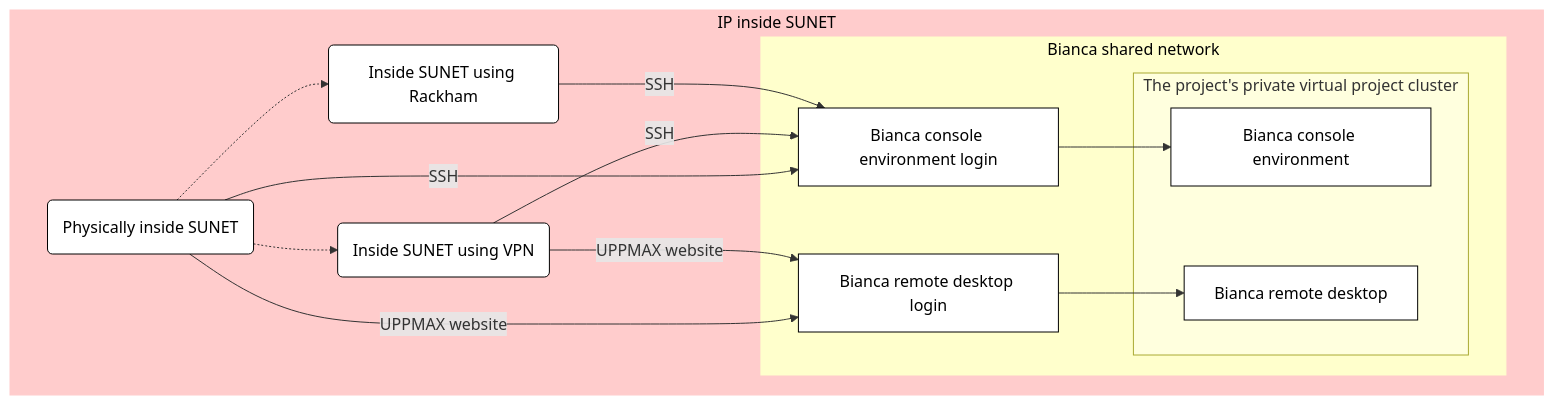
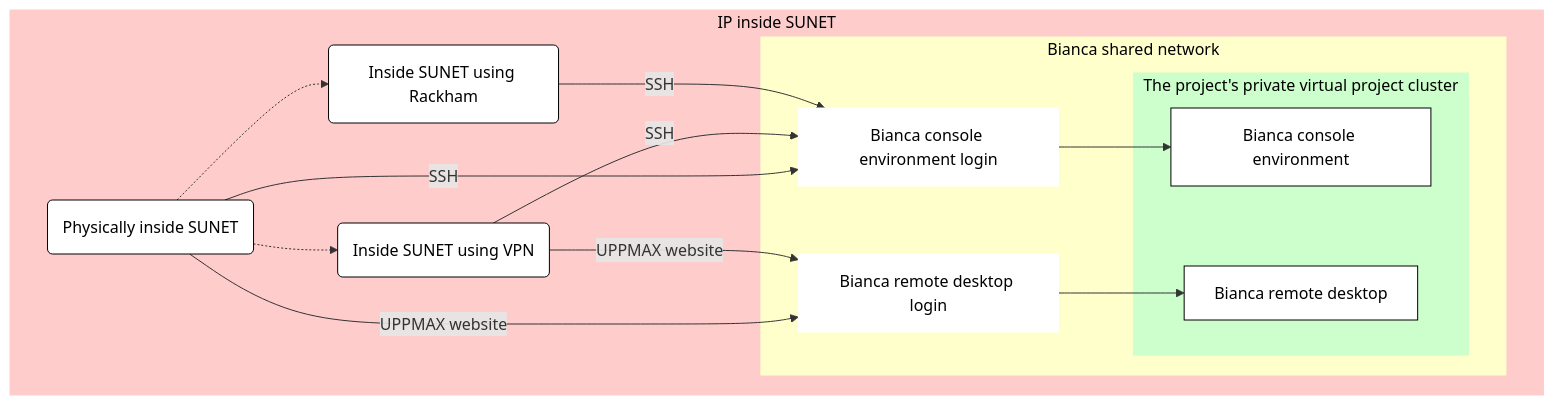
One commit to UPPMAX/UPPMAX-documentation changed the third of 4 diagrams in docs/getting_started/login_bianca.md. Above: the diagram before and after it, drawn with Mermaid.

Commit message:
Add no-focus nodes

````diff
--- a/docs/getting_started/login_bianca.md
+++ b/docs/getting_started/login_bianca.md
@@ -340,40 +340,41 @@
 ```mermaid
 flowchart TD
 
     %% Give a white background, instead of a transparent one
     classDef node fill:#fff,color:#000,stroke:#000
     classDef focus_node fill:#fff,color:#000,stroke:#000,stroke-width:4px
+    classDef no_focus_node fill:#fff,color:#000,stroke:#fff
 
     subgraph sub_inside[IP inside SUNET]
       physically_inside(Physically inside SUNET)
       inside_using_vpn(Inside SUNET using VPN)
       inside_using_rackham(Inside SUNET using Rackham)
 
       subgraph sub_bianca_shared_env[Bianca shared network]
-        bianca_shared_console[Bianca console environment login]
-        bianca_shared_remote_desktop[Bianca remote desktop login] 
+        bianca_shared_console[Bianca console environment login]:::no_focus_node
+        bianca_shared_remote_desktop[Bianca remote desktop login]:::no_focus_node
         subgraph sub_bianca_private_env[The project's private virtual project cluster]
           bianca_private_console[Bianca console environment]
           bianca_private_remote_desktop[Bianca remote desktop] 
         end
       end
     end
 
     %% Shared subgraph color scheme
     %% style sub_outside fill:#ccc,color:#000,stroke:#ccc
     style sub_inside fill:#fcc,color:#000,stroke:#fcc
     style sub_bianca_shared_env fill:#ffc,color:#000,stroke:#ffc
-    %% style sub_bianca_private_env fill:#cfc,color:#000,stroke:#cfc
+    style sub_bianca_private_env fill:#cfc,color:#000,stroke:#cfc
 
     %% Inside SUNET
     physically_inside-->|SSH|bianca_shared_console
     physically_inside-->|UPPMAX website|bianca_shared_remote_desktop
     physically_inside-.->inside_using_rackham
     physically_inside-.->inside_using_vpn
     inside_using_vpn-->|SSH|bianca_shared_console
     inside_using_vpn-->|UPPMAX website|bianca_shared_remote_desktop
     inside_using_rackham-->|SSH|bianca_shared_console
 
     bianca_shared_console --> bianca_private_console
     bianca_shared_remote_desktop --> bianca_private_remote_desktop
 ```
````
